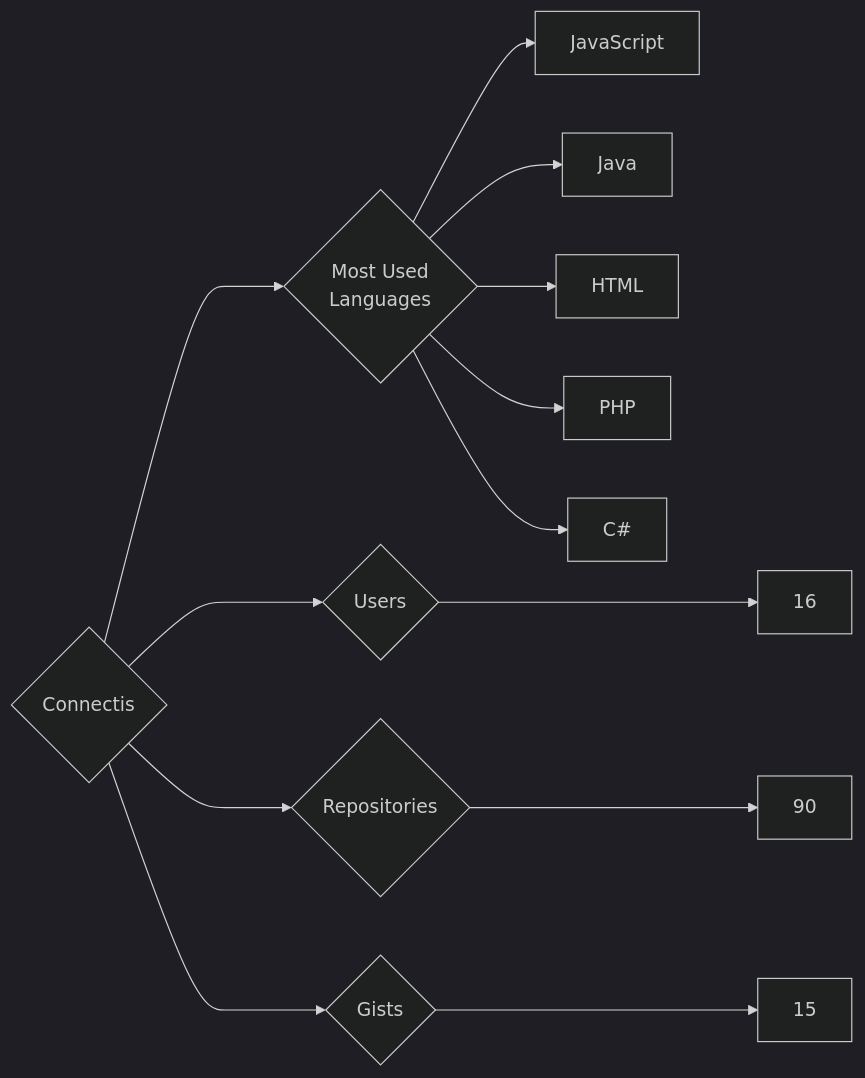
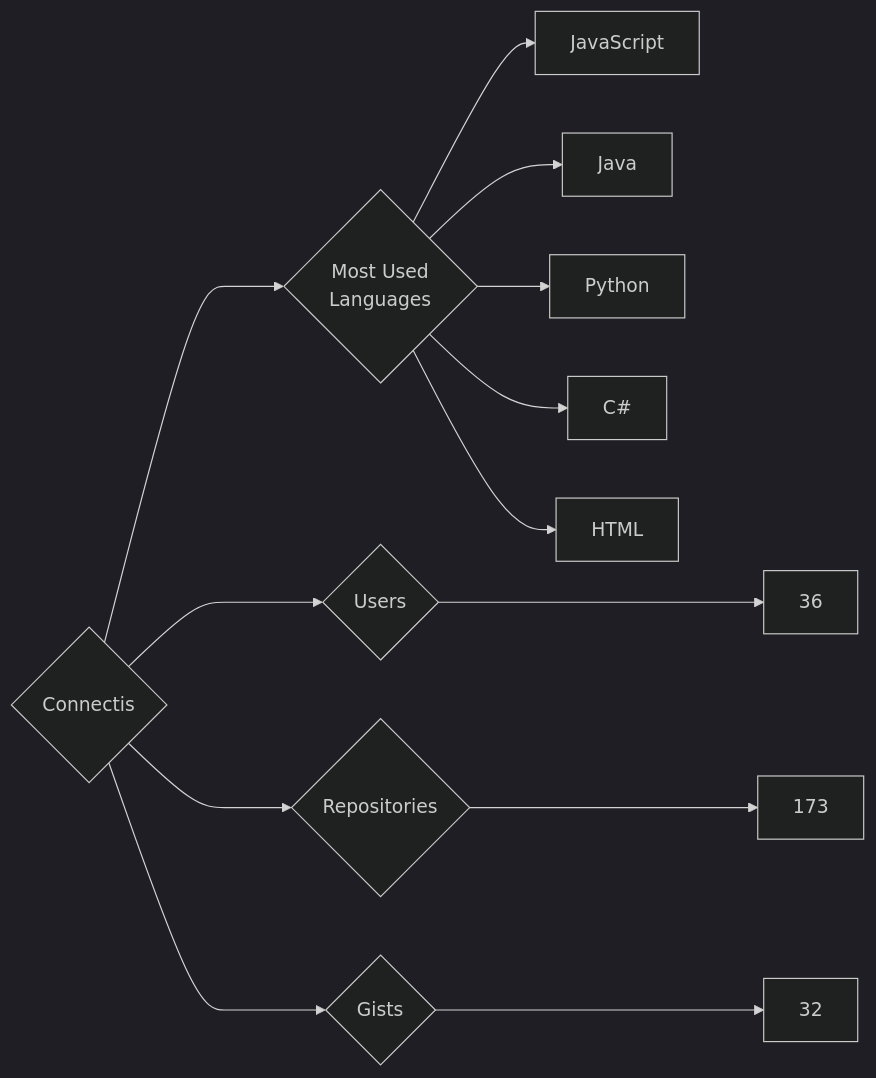
One commit to trickest/insiders changed the diagram in targets/Connectis/README.md. Above: the diagram before and after it, drawn with Mermaid (dark theme). The commit also changed 930 other files, not shown here.

````diff
--- a/targets/Connectis/README.md
+++ b/targets/Connectis/README.md
@@ -3,13 +3,13 @@
 ```mermaid
 graph LR
 COMPANY_NAME{Connectis}
-COMPANY_NAME ---> U{Users} ---> UN[16]
-COMPANY_NAME ---> R{Repositories} ---> RN[90]
-COMPANY_NAME ---> G{Gists} ---> GN[15]
+COMPANY_NAME ---> U{Users} ---> UN[36]
+COMPANY_NAME ---> R{Repositories} ---> RN[173]
+COMPANY_NAME ---> G{Gists} ---> GN[32]
 COMPANY_NAME ---> ML{Most Used<br>Languages}
 ML --> JavaScript[JavaScript]
 ML --> Java[Java]
+ML --> Python[Python]
+ML --> C#[C#]
 ML --> HTML[HTML]
-ML --> PHP[PHP]
-ML --> C#[C#]
 ```
````
